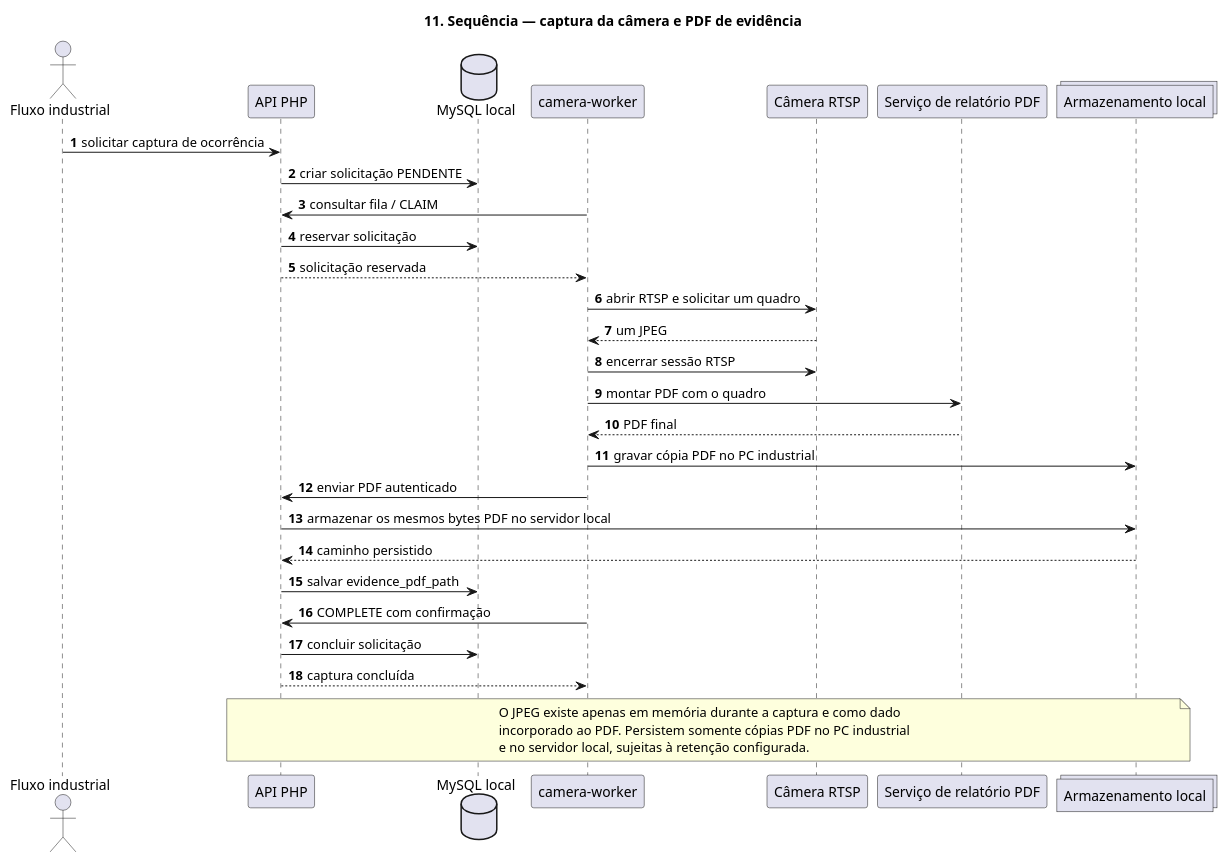
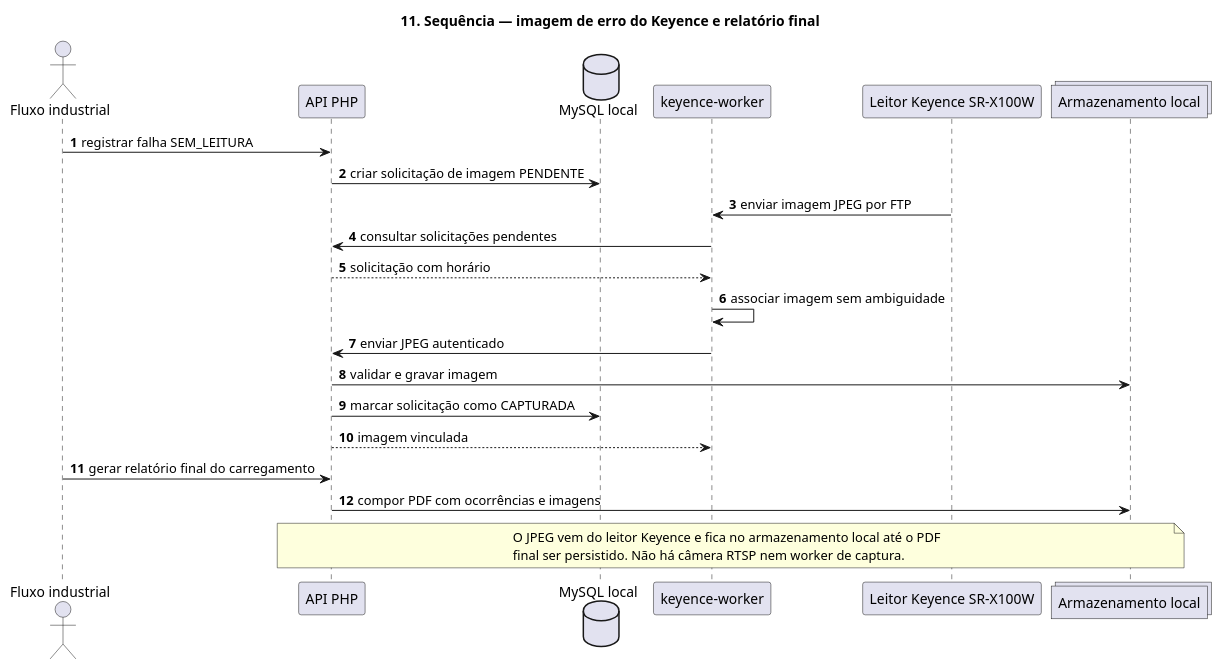
One commit to VItoraaraujoo/Dallogix-Trace-System changed the diagram in documentacao/arquitetura/uml/11-diagrama-de-sequencia.puml. Above: the diagram before and after it, drawn with PlantUML. The commit also changed 127 other files, not shown here.

Commit message:
feat: replace camera integration with Keyence reader

```diff
--- a/documentacao/arquitetura/uml/11-diagrama-de-sequencia.puml
+++ b/documentacao/arquitetura/uml/11-diagrama-de-sequencia.puml
@@ -1,37 +1,29 @@
 @startuml trace-11-sequence
-title 11. Sequência — captura da câmera e PDF de evidência
+title 11. Sequência — imagem de erro do Keyence e relatório final
 autonumber
 
 actor "Fluxo industrial" as Flow
 participant "API PHP" as API
 database "MySQL local" as DB
-participant "camera-worker" as Worker
-participant "Câmera RTSP" as Camera
-participant "Serviço de relatório PDF" as PDF
+participant "keyence-worker" as Worker
+participant "Leitor Keyence SR-X100W" as Reader
 collections "Armazenamento local" as Storage
 
-Flow -> API : solicitar captura de ocorrência
-API -> DB : criar solicitação PENDENTE
-Worker -> API : consultar fila / CLAIM
-API -> DB : reservar solicitação
-API --> Worker : solicitação reservada
-Worker -> Camera : abrir RTSP e solicitar um quadro
-Camera --> Worker : um JPEG
-Worker -> Camera : encerrar sessão RTSP
-Worker -> PDF : montar PDF com o quadro
-PDF --> Worker : PDF final
-Worker -> Storage : gravar cópia PDF no PC industrial
-Worker -> API : enviar PDF autenticado
-API -> Storage : armazenar os mesmos bytes PDF no servidor local
-Storage --> API : caminho persistido
-API -> DB : salvar evidence_pdf_path
-Worker -> API : COMPLETE com confirmação
-API -> DB : concluir solicitação
-API --> Worker : captura concluída
+Flow -> API : registrar falha SEM_LEITURA
+API -> DB : criar solicitação de imagem PENDENTE
+Reader -> Worker : enviar imagem JPEG por FTP
+Worker -> API : consultar solicitações pendentes
+API --> Worker : solicitação com horário
+Worker -> Worker : associar imagem sem ambiguidade
+Worker -> API : enviar JPEG autenticado
+API -> Storage : validar e gravar imagem
+API -> DB : marcar solicitação como CAPTURADA
+API --> Worker : imagem vinculada
+Flow -> API : gerar relatório final do carregamento
+API -> Storage : compor PDF com ocorrências e imagens
 
 note over API,Storage
-O JPEG existe apenas em memória durante a captura e como dado
-incorporado ao PDF. Persistem somente cópias PDF no PC industrial
-e no servidor local, sujeitas à retenção configurada.
+O JPEG vem do leitor Keyence e fica no armazenamento local até o PDF
+final ser persistido. Não há câmera RTSP nem worker de captura.
 end note
 @enduml
```
